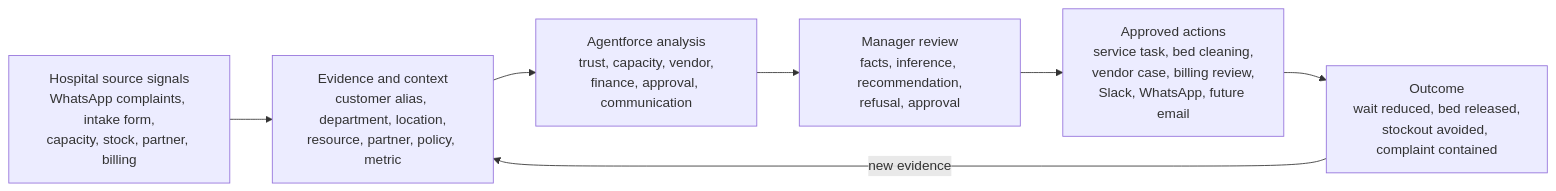
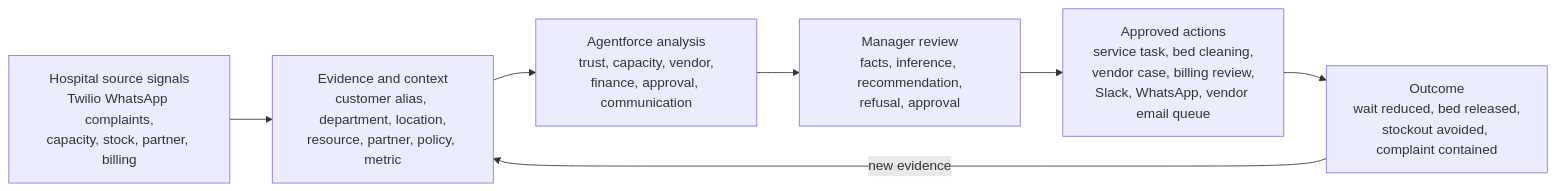
The first of 2 diagrams in docs/architecture.md (freeapikeys/HackathonSalesforce), drawn with Mermaid before and after one commit. The commit also changed other lines of this file and 24 other files, not shown here.

Commit message:
feat: complete north star approval demo flow

````diff
--- a/docs/architecture.md
+++ b/docs/architecture.md
@@ -10,12 +10,12 @@
 ```mermaid
 flowchart LR
-    SOURCES["Hospital source signals<br/>WhatsApp complaints, intake form,<br/>capacity, stock, partner, billing"]
+    SOURCES["Hospital source signals<br/>Twilio WhatsApp complaints,<br/>capacity, stock, partner, billing"]
     CONTEXT["Evidence and context<br/>customer alias, department, location,<br/>resource, partner, policy, metric"]
     AGENTS["Agentforce analysis<br/>trust, capacity, vendor,<br/>finance, approval, communication"]
     REVIEW["Manager review<br/>facts, inference, recommendation,<br/>refusal, approval"]
-    ACTIONS["Approved actions<br/>service task, bed cleaning,<br/>vendor case, billing review,<br/>Slack, WhatsApp, future email"]
+    ACTIONS["Approved actions<br/>service task, bed cleaning,<br/>vendor case, billing review,<br/>Slack, WhatsApp, vendor email queue"]
     OUTCOME["Outcome<br/>wait reduced, bed released,<br/>stockout avoided, complaint contained"]
 
     SOURCES --> CONTEXT --> AGENTS --> REVIEW --> ACTIONS --> OUTCOME
     OUTCOME -->|"new evidence"| CONTEXT
 ```
````
